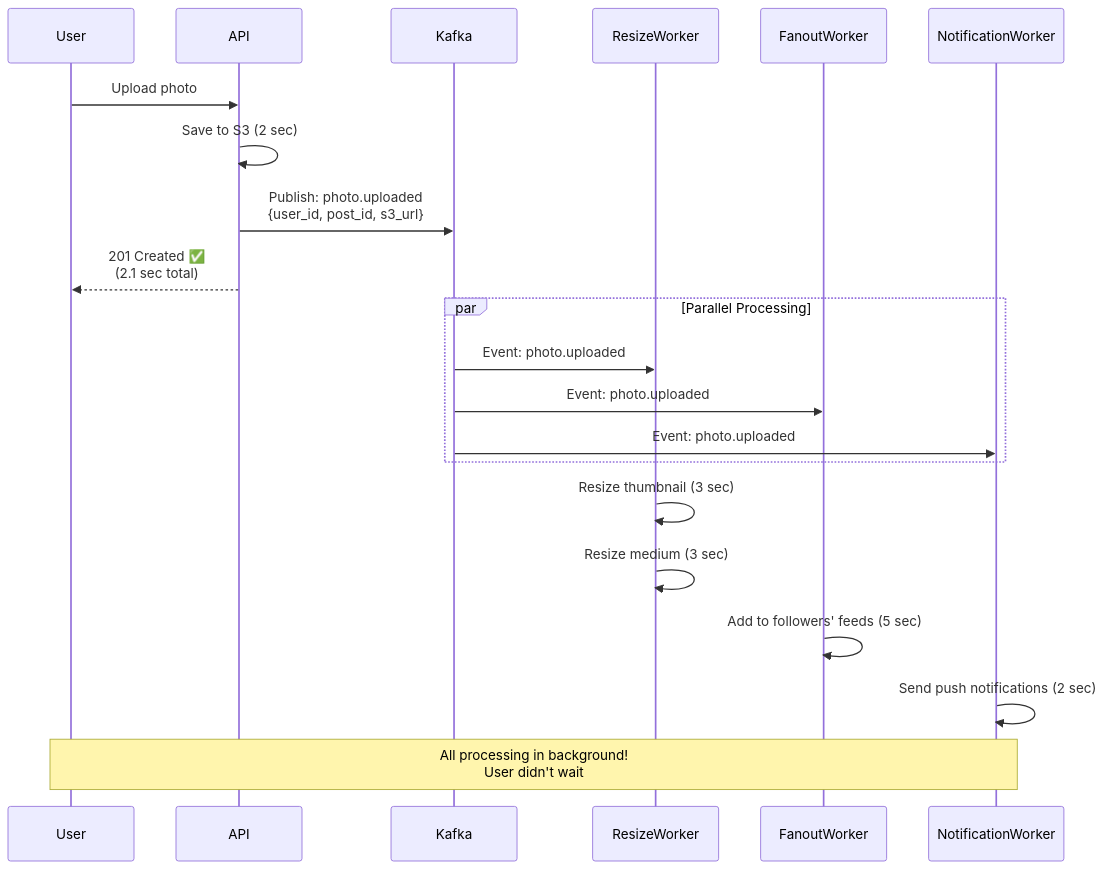
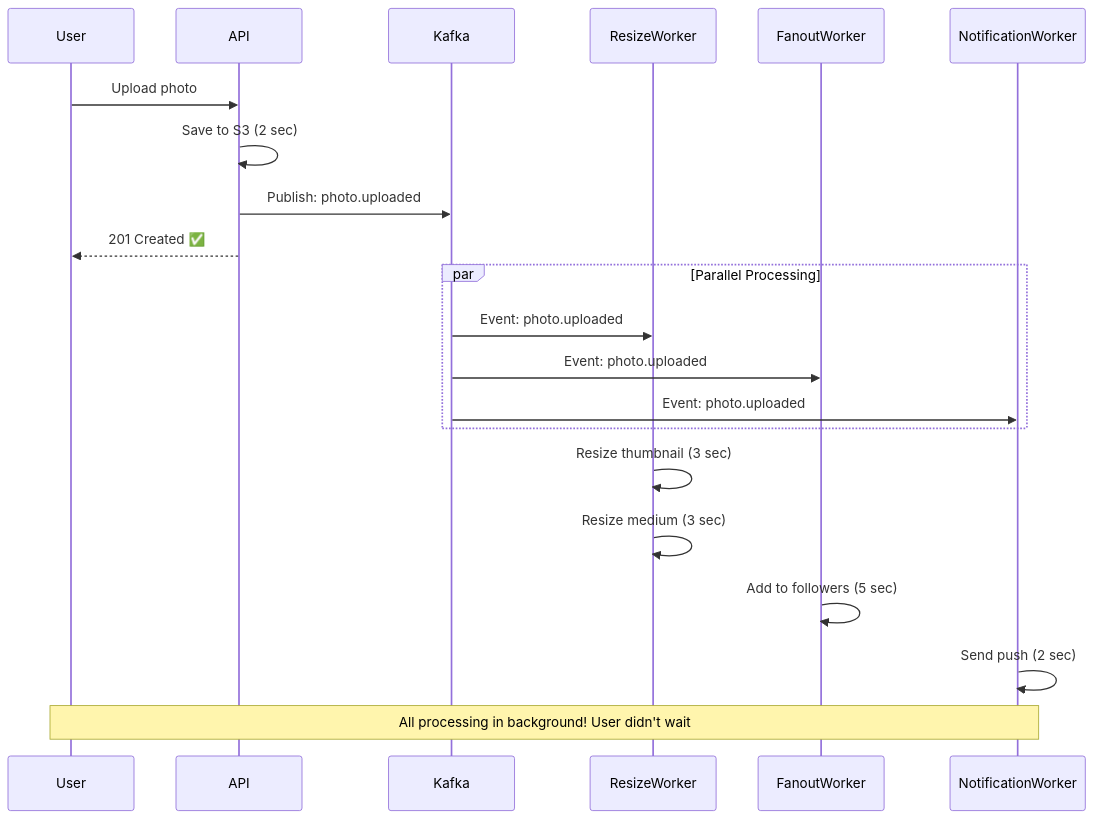
Before and after one commit to p1kmr/for-reading: the ninth of 11 diagrams in HLD/foundation/04_message-queues.md, drawn with Mermaid. The commit also changed other lines of this file and 2 other files, not shown here.

Commit message:
Fix Mermaid rendering issues in Databases and Message Queues guides by simplifying complex diagrams

````diff
--- a/HLD/foundation/04_message-queues.md
+++ b/HLD/foundation/04_message-queues.md
@@ -351,32 +337,32 @@
 ```mermaid
 sequenceDiagram
     participant User
     participant API
     participant Kafka
     participant ResizeWorker
     participant FanoutWorker
     participant NotificationWorker
 
     User->>API: Upload photo
 
     API->>API: Save to S3 (2 sec)
 
-    API->>Kafka: Publish: photo.uploaded<br/>{user_id, post_id, s3_url}
+    API->>Kafka: Publish: photo.uploaded
 
-    API-->>User: 201 Created ✅<br/>(2.1 sec total)
+    API-->>User: 201 Created ✅
 
     par Parallel Processing
         Kafka->>ResizeWorker: Event: photo.uploaded
         Kafka->>FanoutWorker: Event: photo.uploaded
         Kafka->>NotificationWorker: Event: photo.uploaded
     end
 
     ResizeWorker->>ResizeWorker: Resize thumbnail (3 sec)
     ResizeWorker->>ResizeWorker: Resize medium (3 sec)
 
-    FanoutWorker->>FanoutWorker: Add to followers' feeds (5 sec)
+    FanoutWorker->>FanoutWorker: Add to followers (5 sec)
 
-    NotificationWorker->>NotificationWorker: Send push notifications (2 sec)
+    NotificationWorker->>NotificationWorker: Send push (2 sec)
 
-    Note over User,NotificationWorker: All processing in background!<br/>User didn't wait
+    Note over User,NotificationWorker: All processing in background! User didn't wait
 ```
````
